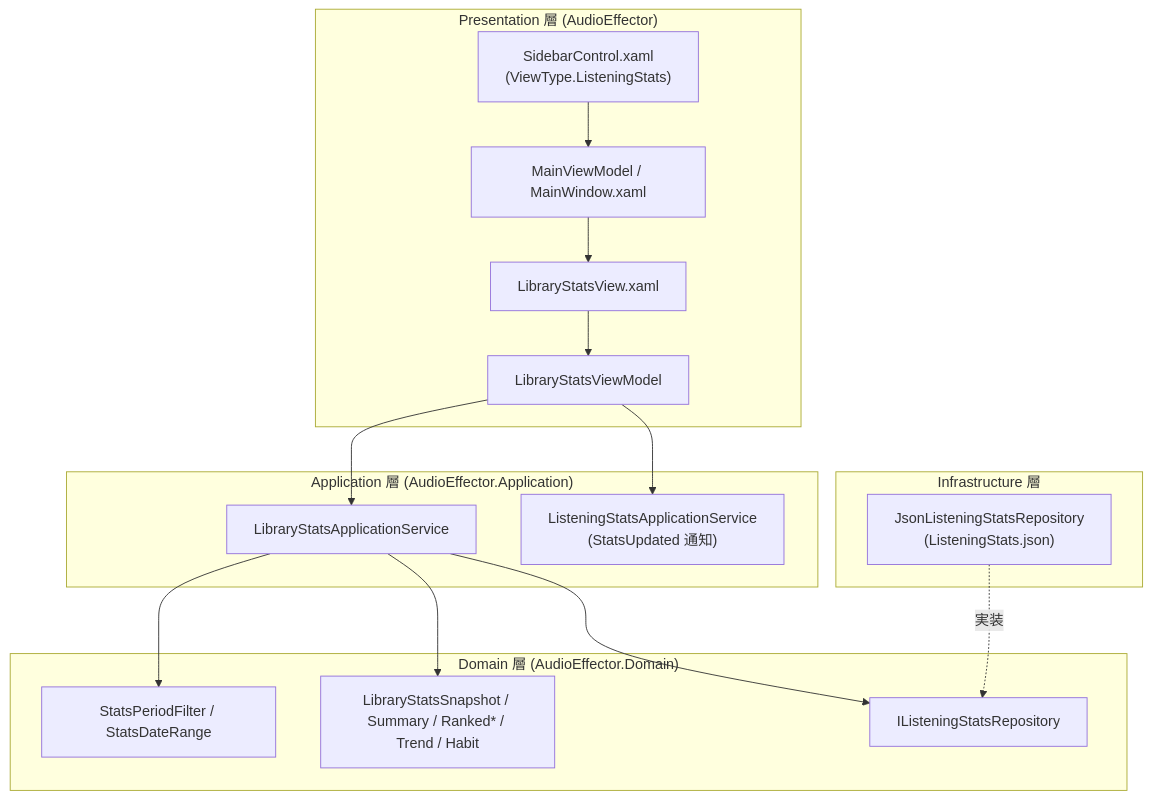
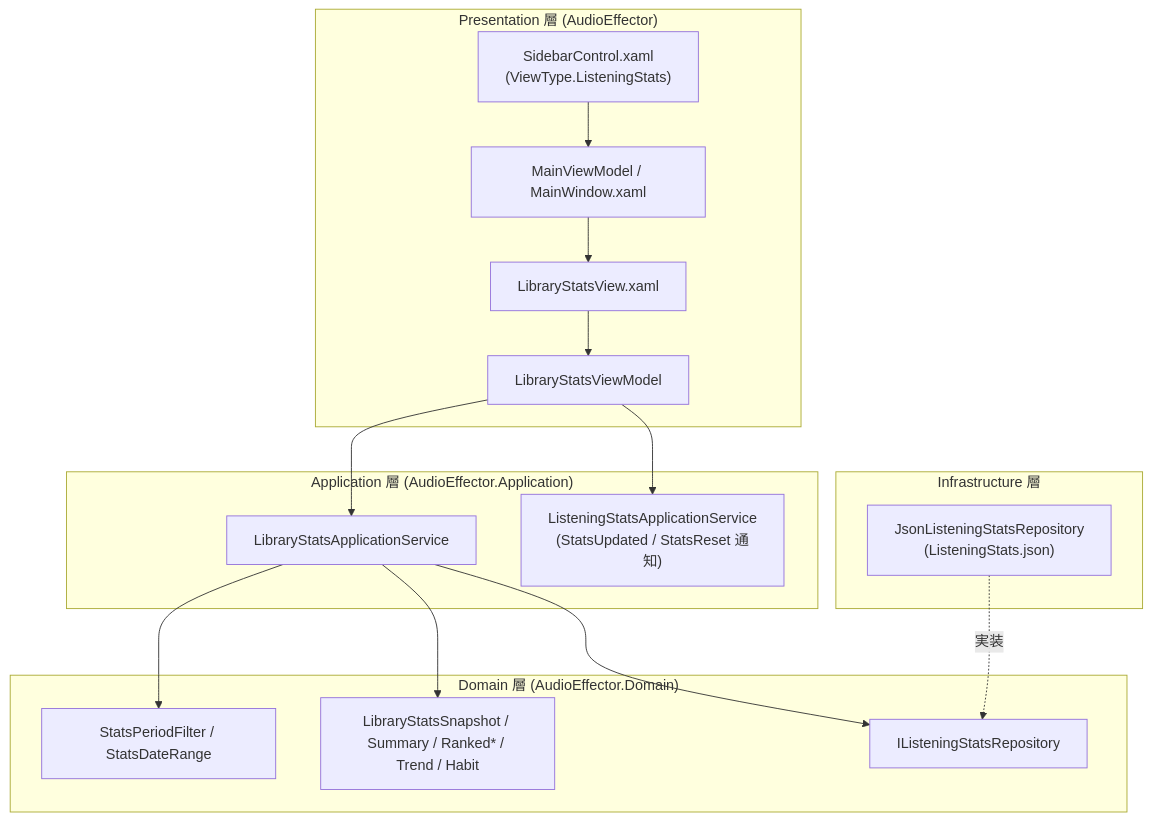
Before and after one commit to taketonnbo/Audio_Effector: the diagram in 設計/詳細設計/ライブラリ全体リスニング統計.md, drawn with Mermaid. The commit also changed other lines of this file and 14 other files, not shown here.

````diff
--- a/設計/詳細設計/ライブラリ全体リスニング統計.md
+++ b/設計/詳細設計/ライブラリ全体リスニング統計.md
@@ -13,34 +13,34 @@
 ```mermaid
 flowchart TD
     subgraph Presentation ["Presentation 層 (AudioEffector)"]
         SIDE["SidebarControl.xaml<br/>(ViewType.ListeningStats)"]
         MAIN["MainViewModel / MainWindow.xaml"]
         VIEW["LibraryStatsView.xaml"]
         VM["LibraryStatsViewModel"]
     end
 
     subgraph Application ["Application 層 (AudioEffector.Application)"]
         LSVC["LibraryStatsApplicationService"]
-        SSVC["ListeningStatsApplicationService<br/>(StatsUpdated 通知)"]
+        SSVC["ListeningStatsApplicationService<br/>(StatsUpdated / StatsReset 通知)"]
     end
 
     subgraph Domain ["Domain 層 (AudioEffector.Domain)"]
         RANGE["StatsPeriodFilter / StatsDateRange"]
         SNAP["LibraryStatsSnapshot / Summary / Ranked* / Trend / Habit"]
         REPOIF["IListeningStatsRepository"]
     end
 
     subgraph Infrastructure ["Infrastructure 層"]
         JSONREPO["JsonListeningStatsRepository<br/>(ListeningStats.json)"]
     end
 
     SIDE --> MAIN
     MAIN --> VIEW
     VIEW --> VM
     VM --> LSVC
     VM --> SSVC
     LSVC --> REPOIF
     LSVC --> RANGE
     LSVC --> SNAP
     JSONREPO -.->|実装| REPOIF
 ```
````
